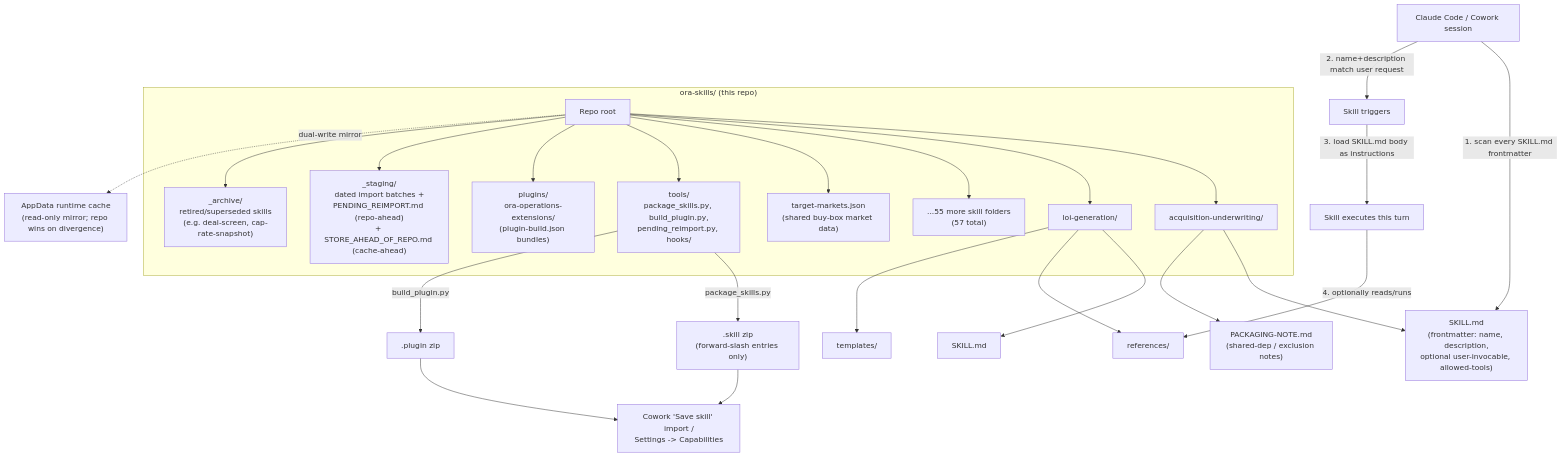
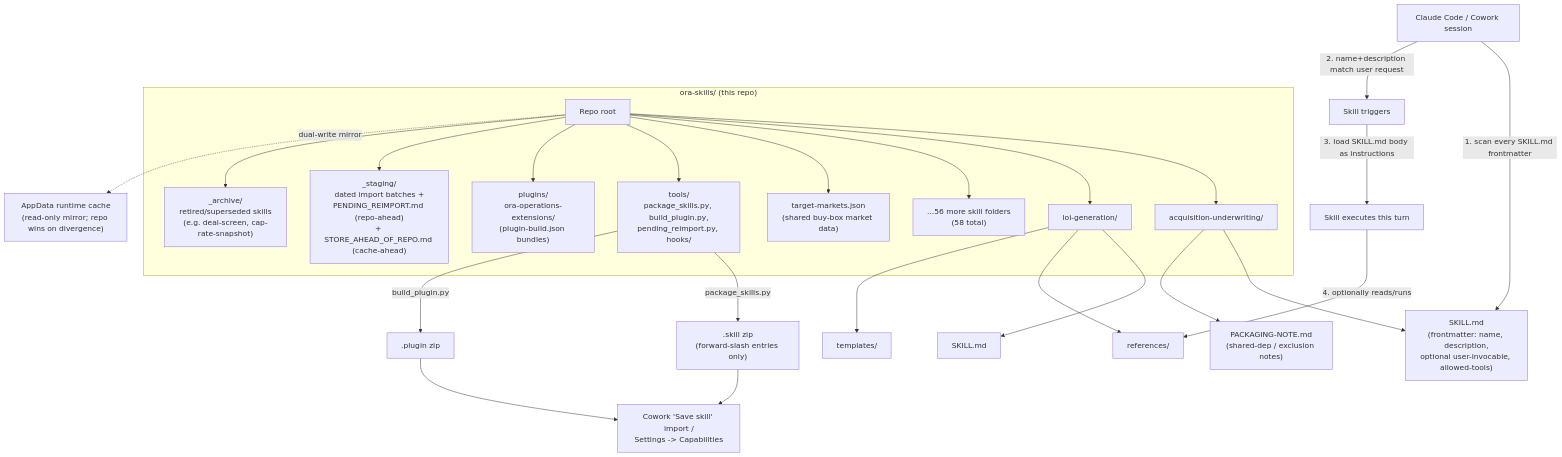
One commit to ZeOoba/ora-skills changed the diagram in README.md. Above: the diagram before and after it, drawn with Mermaid. The commit also changed other lines of this file and 2 other files, not shown here.

First line of the commit message:
feat(skills): add settlement-basis-extraction skill

````diff
--- a/README.md
+++ b/README.md
@@ -30,40 +30,40 @@
 ```mermaid
 flowchart TD
     subgraph Repo["ora-skills/ (this repo)"]
         Root["Repo root"]
         S1["acquisition-underwriting/"]
         S2["loi-generation/"]
-        S3["...55 more skill folders\n(57 total)"]
+        S3["...56 more skill folders\n(58 total)"]
         Shared["target-markets.json\n(shared buy-box market data)"]
         Tools["tools/\npackage_skills.py, build_plugin.py,\npending_reimport.py, hooks/"]
         Plugins["plugins/\nora-operations-extensions/\n(plugin-build.json bundles)"]
         Staging["_staging/\ndated import batches +\nPENDING_REIMPORT.md (repo-ahead)\n+ STORE_AHEAD_OF_REPO.md (cache-ahead)"]
         Archive["_archive/\nretired/superseded skills\n(e.g. deal-screen, cap-rate-snapshot)"]
     end
 
     Root --> S1
     Root --> S2
     Root --> S3
     Root --> Shared
     Root --> Tools
     Root --> Plugins
     Root --> Staging
     Root --> Archive
 
     S1 --> F1["SKILL.md\n(frontmatter: name, description,\noptional user-invocable, allowed-tools)"]
     S1 --> P1["PACKAGING-NOTE.md\n(shared-dep / exclusion notes)"]
     S2 --> F2["SKILL.md"]
     S2 --> R2["references/"]
     S2 --> T2["templates/"]
 
     Tools -- "package_skills.py <outdir>" --> Skillzip[".skill zip\n(forward-slash entries only)"]
     Tools -- "build_plugin.py <plugin>" --> Pluginzip[".plugin zip"]
     Skillzip --> Cowork["Cowork 'Save skill' import /\nSettings -> Capabilities"]
     Pluginzip --> Cowork
     Root -. "dual-write mirror" .-> AppData["AppData runtime cache\n(read-only mirror; repo wins on divergence)"]
 
     Session["Claude Code / Cowork session"] -- "1. scan every SKILL.md frontmatter" --> F1
     Session -- "2. name+description match user request" --> Trigger["Skill triggers"]
     Trigger -- "3. load SKILL.md body as instructions" --> Exec["Skill executes this turn"]
     Exec -- "4. optionally reads/runs" --> R2
 ```
````
